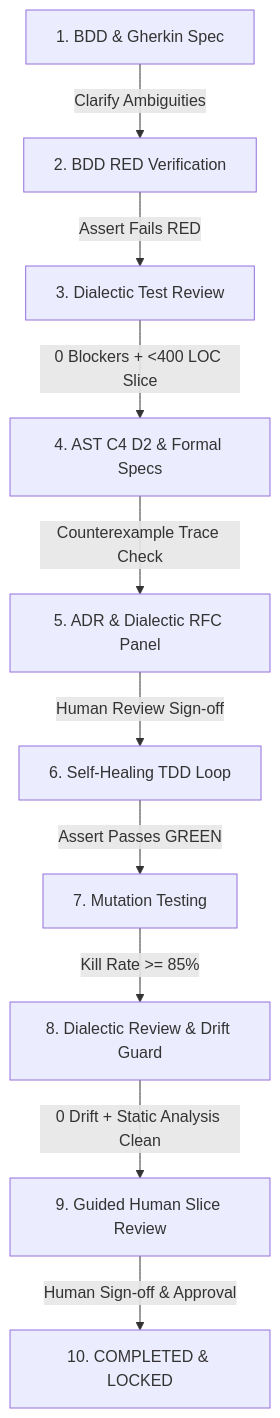
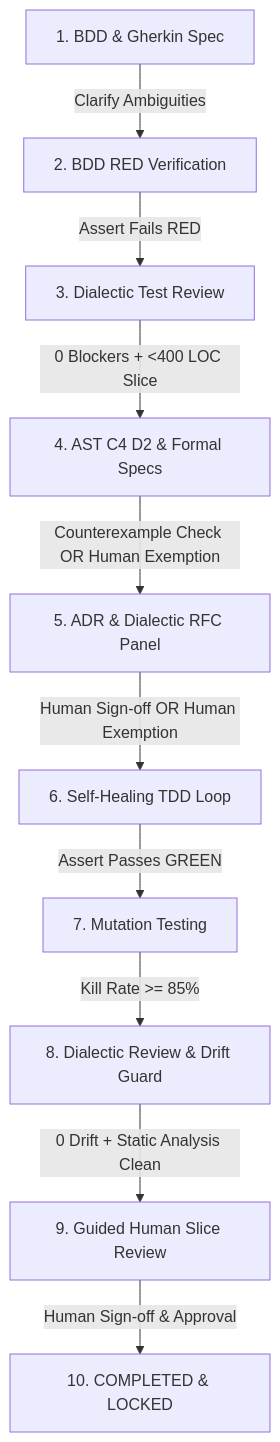
One commit to cbsmith/pi-plugin-craftsmanship changed the diagram in README.md. Above: the diagram before and after it, drawn with Mermaid. The commit also changed other lines of this file and 5 other files, not shown here.

Commit message:
Add Human-Approved Quality Gate Exemption Engine for low-risk work

````diff
--- a/README.md
+++ b/README.md
@@ -11,12 +11,12 @@
 ```mermaid
 graph TD
     A[1. BDD & Gherkin Spec] -->|Clarify Ambiguities| B[2. BDD RED Verification]
     B -->|Assert Fails RED| C[3. Dialectic Test Review]
     C -->|0 Blockers + <400 LOC Slice| D[4. AST C4 D2 & Formal Specs]
-    D -->|Counterexample Trace Check| E[5. ADR & Dialectic RFC Panel]
-    E -->|Human Review Sign-off| F[6. Self-Healing TDD Loop]
+    D -->|Counterexample Check OR Human Exemption| E[5. ADR & Dialectic RFC Panel]
+    E -->|Human Sign-off OR Human Exemption| F[6. Self-Healing TDD Loop]
     F -->|Assert Passes GREEN| G[7. Mutation Testing]
     G -->|Kill Rate >= 85%| H[8. Dialectic Review & Drift Guard]
     H -->|0 Drift + Static Analysis Clean| I[9. Guided Human Slice Review]
     I -->|Human Sign-off & Approval| J[10. COMPLETED & LOCKED]
 ```
````
